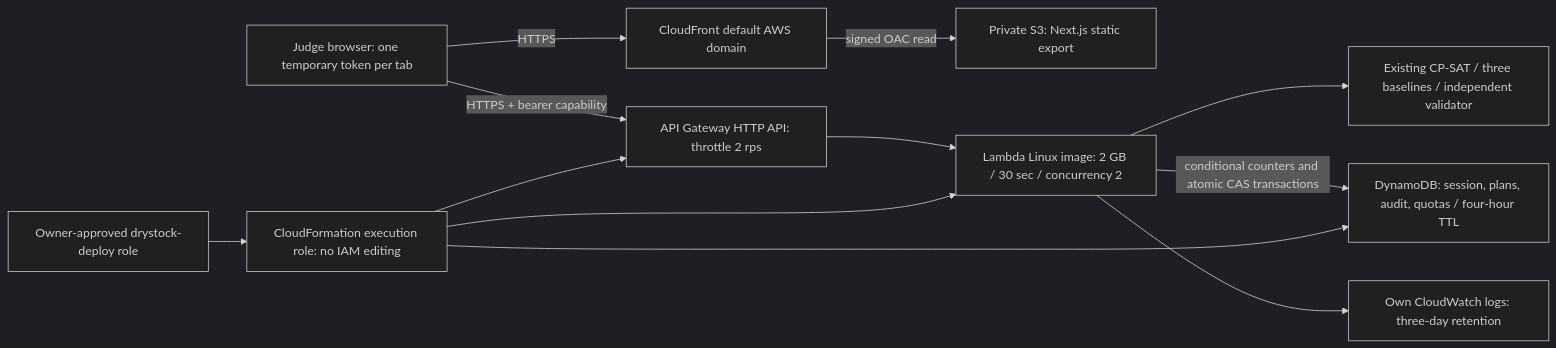
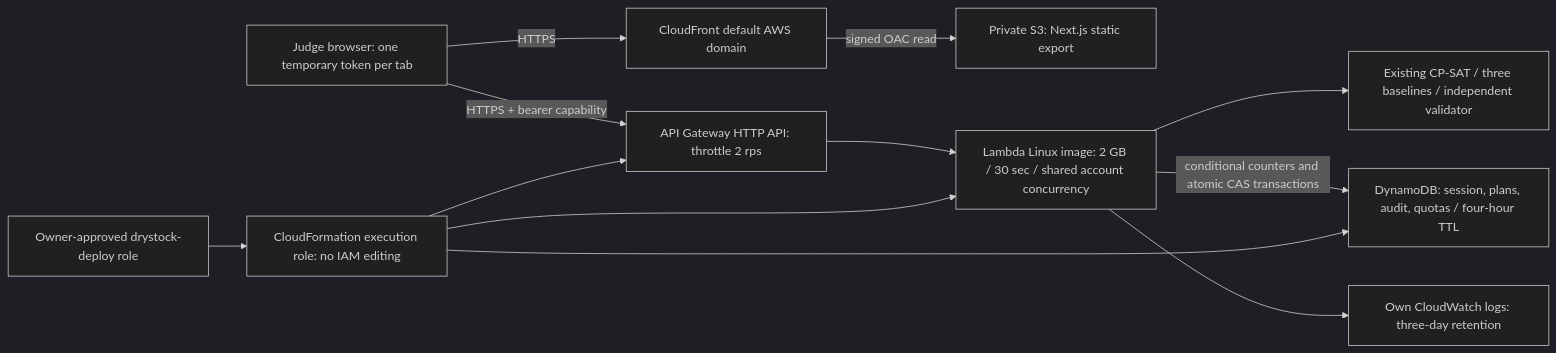
Before and after one commit to Eshuredd/DryStock: the diagram in AWS_ARCHITECTURE.md, drawn with Mermaid (dark theme). The commit also changed other lines of this file and 3 other files, not shown here.

````diff
--- a/AWS_ARCHITECTURE.md
+++ b/AWS_ARCHITECTURE.md
@@ -5,14 +5,14 @@
 ```mermaid
 flowchart LR
     Judge[Judge browser: one temporary token per tab] -->|HTTPS| CF[CloudFront default AWS domain]
     CF -->|signed OAC read| S3[Private S3: Next.js static export]
     Judge -->|HTTPS + bearer capability| API[API Gateway HTTP API: throttle 2 rps]
-    API --> Lambda[Lambda Linux image: 2 GB / 30 sec / concurrency 2]
+    API --> Lambda[Lambda Linux image: 2 GB / 30 sec / shared account concurrency]
     Lambda --> Shared[Existing CP-SAT / three baselines / independent validator]
     Lambda -->|conditional counters and atomic CAS transactions| DDB[DynamoDB: session, plans, audit, quotas / four-hour TTL]
     Lambda --> Logs[Own CloudWatch logs: three-day retention]
     Deploy[Owner-approved drystock-deploy role] --> CFn[CloudFormation execution role: no IAM editing]
     CFn --> API
     CFn --> Lambda
     CFn --> DDB
 ```
````
